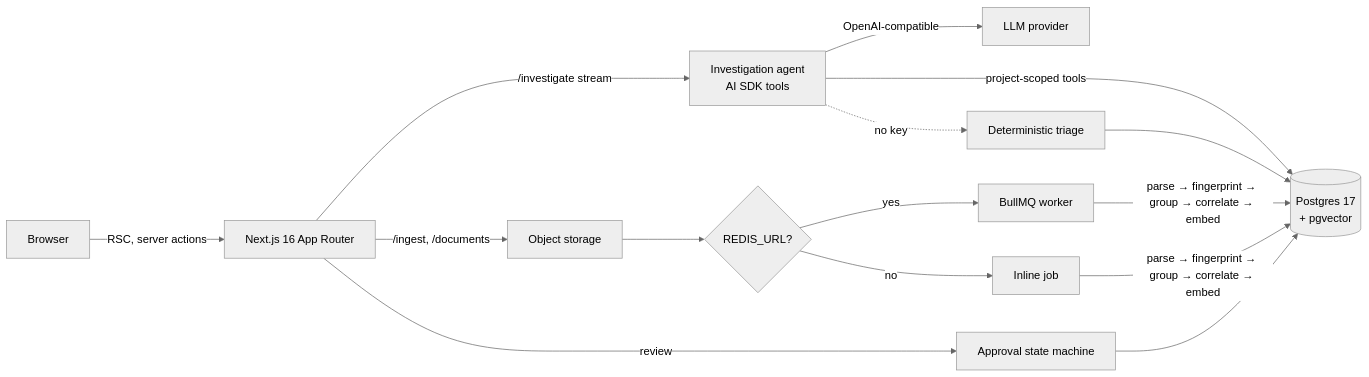
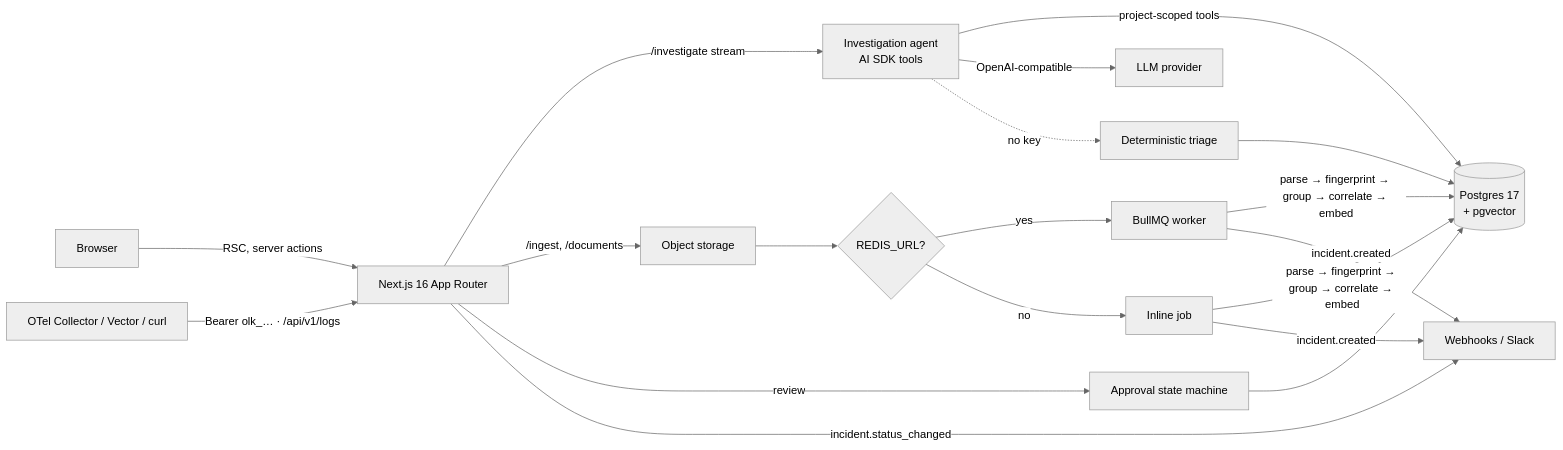
One commit to bileldh-ing/-opslens-ai- changed the diagram in README.md. Above: the diagram before and after it, drawn with Mermaid (neutral theme). The commit also changed other lines of this file and 19 other files, not shown here.

````diff
--- a/README.md
+++ b/README.md
@@ -44,15 +53,18 @@
 ```mermaid
 flowchart LR
   U[Browser] -->|RSC, server actions| N[Next.js 16 App Router]
   N -->|/investigate stream| A[Investigation agent<br/>AI SDK tools]
   A -->|project-scoped tools| DB[(Postgres 17<br/>+ pgvector)]
   A -->|OpenAI-compatible| L[LLM provider]
   A -.no key.-> T[Deterministic triage]
   T --> DB
   N -->|/ingest, /documents| S[Object storage]
   S --> Q{REDIS_URL?}
   Q -->|yes| W[BullMQ worker]
   Q -->|no| I[Inline job]
   W & I -->|parse → fingerprint → group → correlate → embed| DB
   N -->|review| R[Approval state machine] --> DB
+  C[OTel Collector / Vector / curl] -->|Bearer olk_… · /api/v1/logs| N
+  I & W -->|incident.created| H[Webhooks / Slack]
+  N -->|incident.status_changed| H
 ```
````
